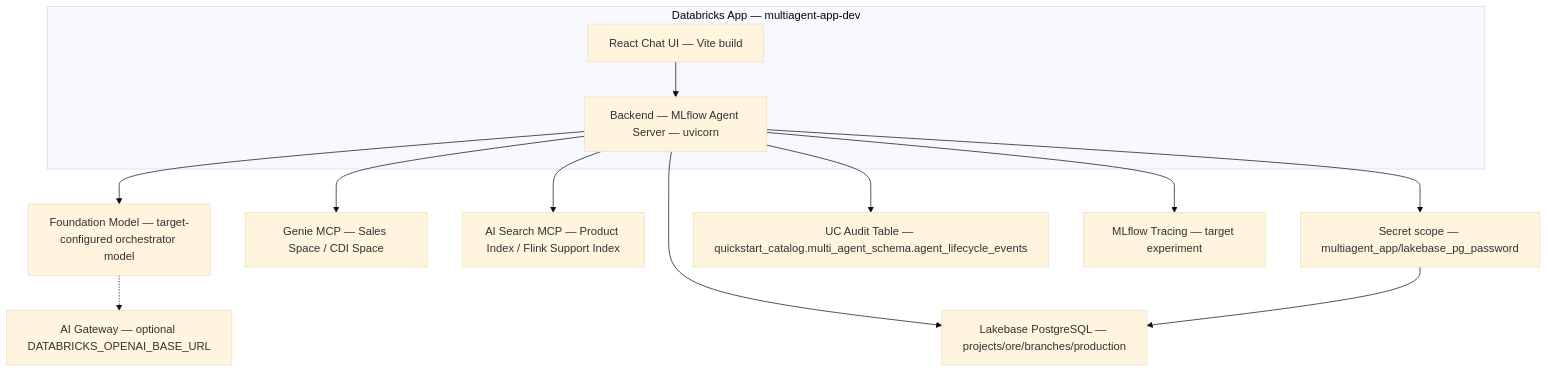
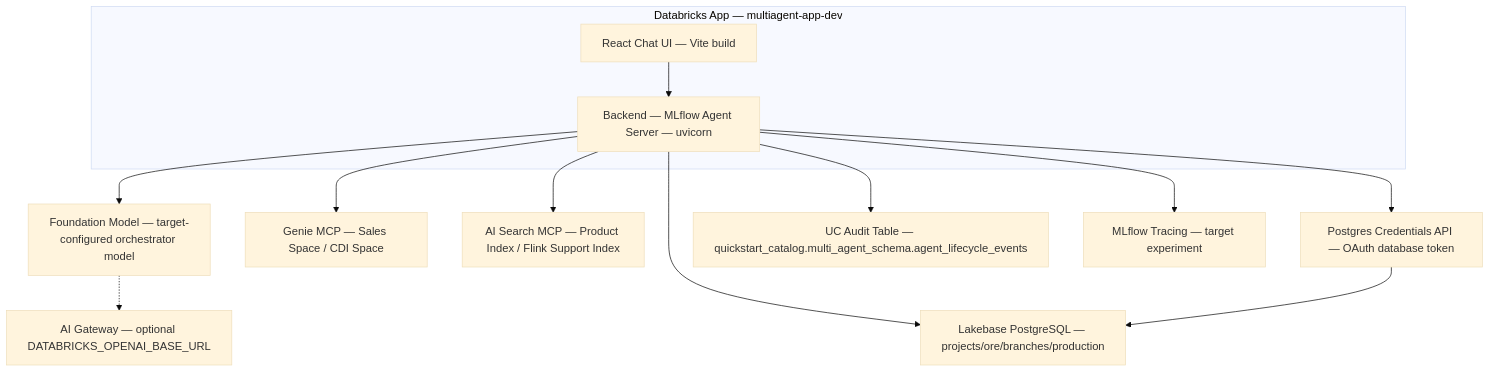
One commit to wchen-dea/Governed-Multi-Agent-Intelligence-on-Databricks changed the second of 3 diagrams in docs/architecture/design-artifacts/05-deployment-high-level.md. Above: the diagram before and after it, drawn with Mermaid (base theme). The commit also changed 14 other files, not shown here.

````diff
--- a/docs/architecture/design-artifacts/05-deployment-high-level.md
+++ b/docs/architecture/design-artifacts/05-deployment-high-level.md
@@ -20,18 +20,18 @@
 ```mermaid
 flowchart TB
     subgraph DatabricksApp[Databricks App — multiagent-app-dev]
         FE[React Chat UI — Vite build]
         BE[Backend — MLflow Agent Server — uvicorn]
     end
 
     FE --> BE
     BE --> FM[Foundation Model — target-configured orchestrator model]
     FM -.-> AIGW[AI Gateway — optional DATABRICKS_OPENAI_BASE_URL]
     BE --> GENIE[Genie MCP — Sales Space / CDI Space]
     BE --> AIS[AI Search MCP — Product Index / Flink Support Index]
     BE --> LB[Lakebase PostgreSQL — projects/ore/branches/production]
-    BE --> SEC[Secret scope — multiagent_app/lakebase_pg_password]
+    BE --> OAuth[Postgres Credentials API — OAuth database token]
     BE --> AUD[UC Audit Table — quickstart_catalog.multi_agent_schema.agent_lifecycle_events]
     BE --> OBS[MLflow Tracing — target experiment]
-    SEC --> LB
+    OAuth --> LB
 ```
````
